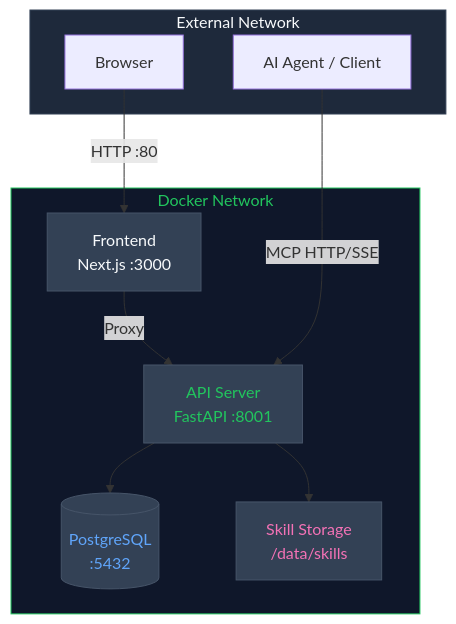
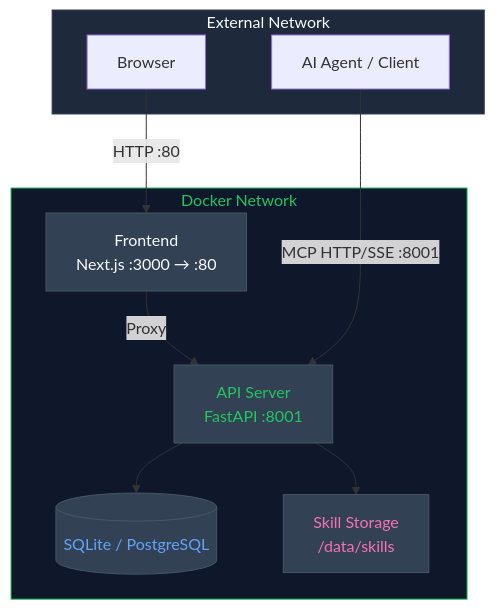
One commit to jiabai/open-skillhub changed the first of 2 diagrams in README.md. Above: the diagram before and after it, drawn with Mermaid. The commit also changed other lines of this file and 2 other files, not shown here.

Commit message:
docs: 更新文档，明确 SQLite 为默认数据库并整理 API 端点

````diff
--- a/README.md
+++ b/README.md
@@ -122,27 +128,27 @@
 ```mermaid
 graph TB
     subgraph External["External Network"]
         Browser["Browser"]
         AIAgent["AI Agent / Client"]
     end
 
     subgraph Docker["Docker Network"]
-        Frontend["Frontend<br/>Next.js :3000"]
+        Frontend["Frontend<br/>Next.js :3000 → :80"]
         API["API Server<br/>FastAPI :8001"]
-        DB[(PostgreSQL<br/>:5432)]
+        DB[(SQLite / PostgreSQL)]
         Storage["Skill Storage<br/>/data/skills"]
     end
 
     Browser -->|HTTP :80| Frontend
     Frontend -->|Proxy| API
-    AIAgent -->|MCP HTTP/SSE| API
+    AIAgent -->|MCP HTTP/SSE :8001| API
     API --> DB
     API --> Storage
 
     style External fill:#1e293b,stroke:#334155,color:#f8fafc
     style Docker fill:#0f172a,stroke:#22c55e,color:#22c55e
     style Frontend fill:#334155,stroke:#475569,color:#f8fafc
     style API fill:#334155,stroke:#475569,color:#22c55e
     style DB fill:#334155,stroke:#475569,color:#60a5fa
     style Storage fill:#334155,stroke:#475569,color:#f472b6
 ```
````
